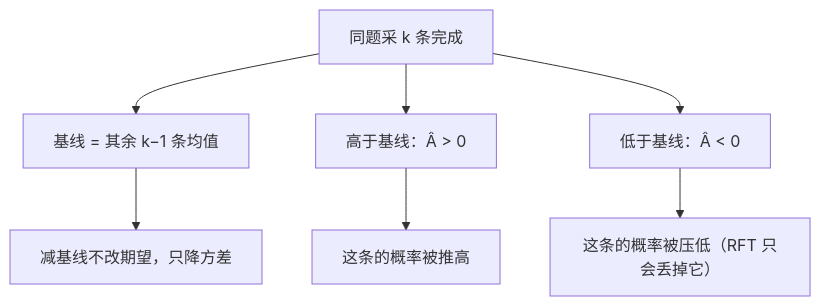
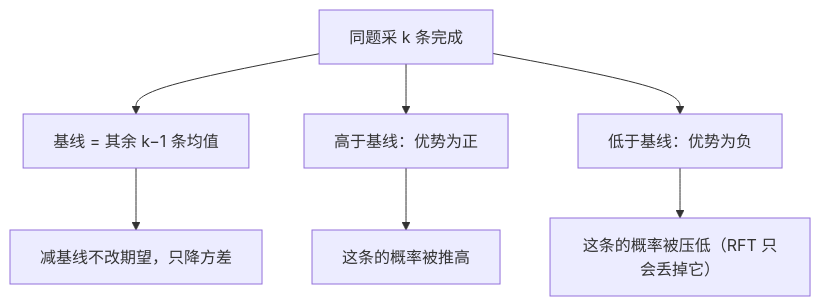
One commit to xhongduo-tech/xhongduo-tech.github.io changed the second of 2 diagrams in docs/llm/rloo.md. Above: the diagram before and after it, drawn with Mermaid. The commit also changed 12 other files, not shown here.

Commit message:
Enhance more llm articles with second diagrams and beginner marginnotes.

````diff
--- a/docs/llm/rloo.md
+++ b/docs/llm/rloo.md
@@ -60,9 +60,9 @@
 ```mermaid
 flowchart TD
   G["同题采 k 条完成"] --> B["基线 = 其余 k−1 条均值"]
-  G --> S["高于基线：Â > 0"]
-  G --> L["低于基线：Â < 0"]
+  G --> S["高于基线：优势为正"]
+  G --> L["低于基线：优势为负"]
   S --> UP["这条的概率被推高"]
   L --> DOWN["这条的概率被压低（RFT 只会丢掉它）"]
   B --> Z["减基线不改期望，只降方差"]
 ```
````
